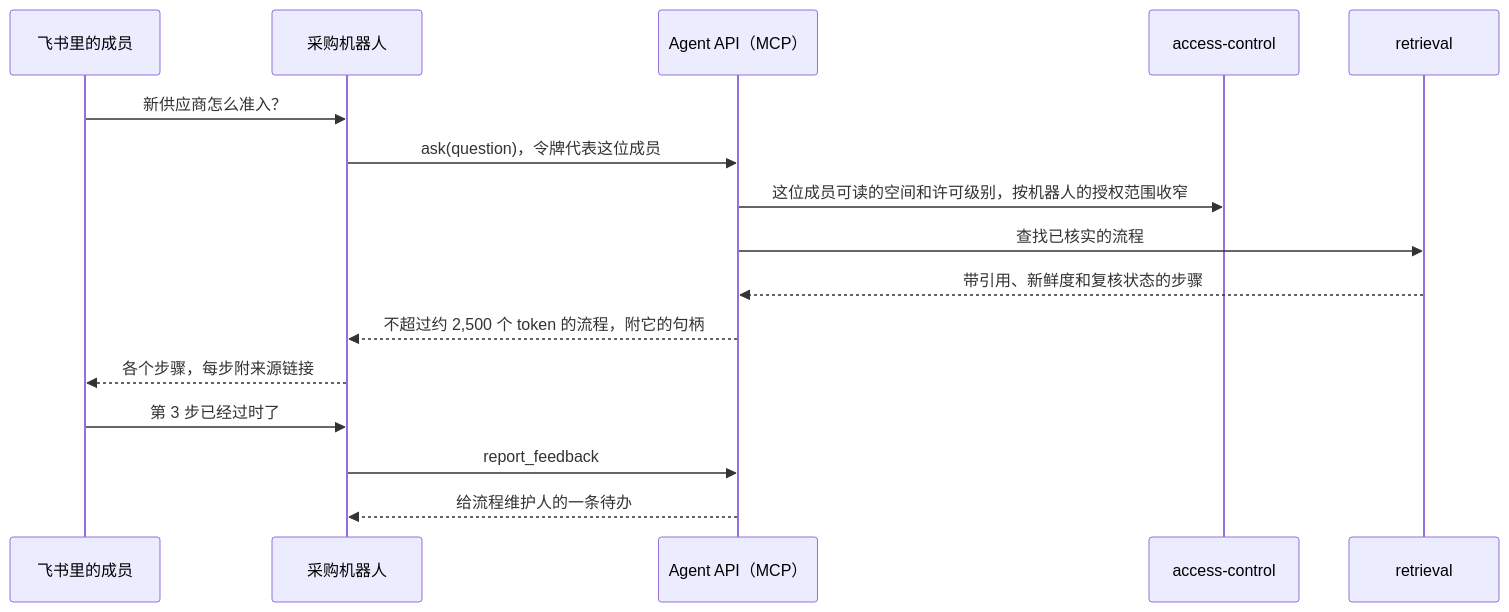
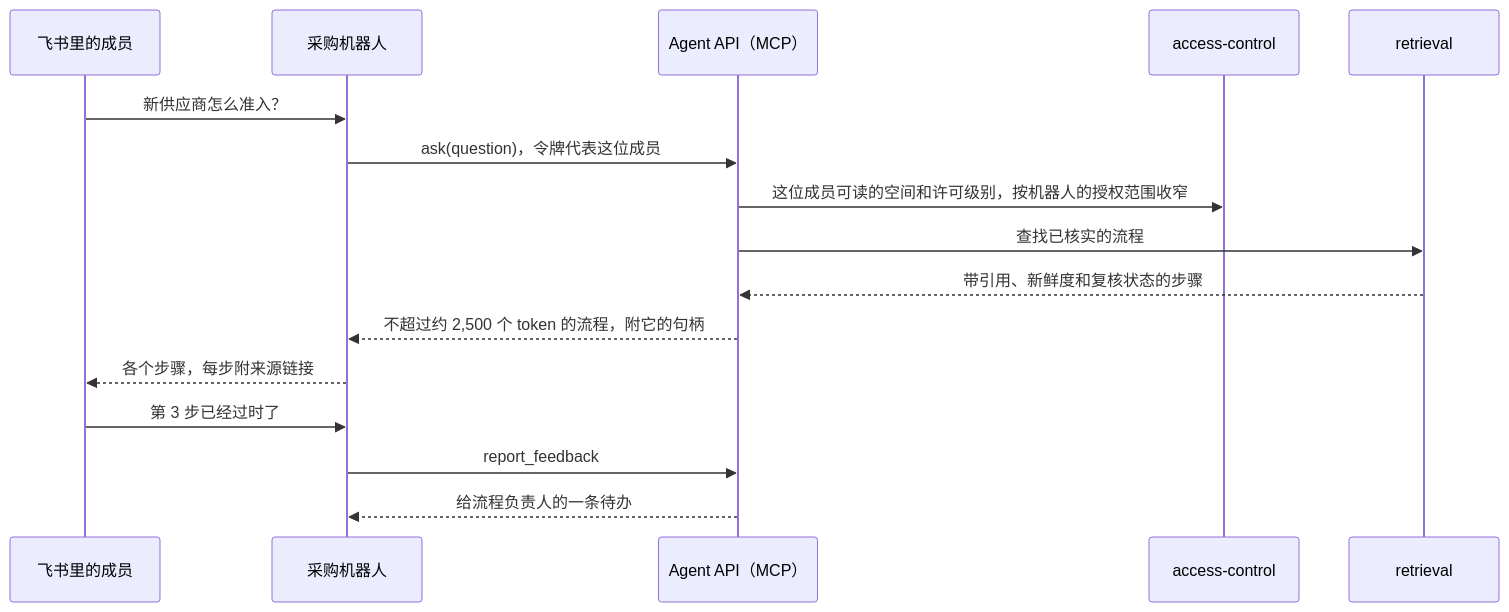
Before and after one commit to AngelMsger/Inspiration: the seventh of 9 diagrams in docs/zh/overview.md, drawn with Mermaid. The commit also changed other lines of this file and 24 other files, not shown here.

````diff
--- a/docs/zh/overview.md
+++ b/docs/zh/overview.md
@@ -286,18 +286,18 @@
 ```mermaid
 sequenceDiagram
   participant M as 飞书里的成员
   participant B as 采购机器人
   participant API as Agent API（MCP）
   participant AZ as access-control
   participant R as retrieval
   M->>B: 新供应商怎么准入？
   B->>API: ask(question)，令牌代表这位成员
   API->>AZ: 这位成员可读的空间和许可级别，按机器人的授权范围收窄
   API->>R: 查找已核实的流程
   R-->>API: 带引用、新鲜度和复核状态的步骤
   API-->>B: 不超过约 2,500 个 token 的流程，附它的句柄
   B-->>M: 各个步骤，每步附来源链接
   M->>B: 第 3 步已经过时了
   B->>API: report_feedback
-  API-->>B: 给流程维护人的一条待办
+  API-->>B: 给流程负责人的一条待办
 ```
````
